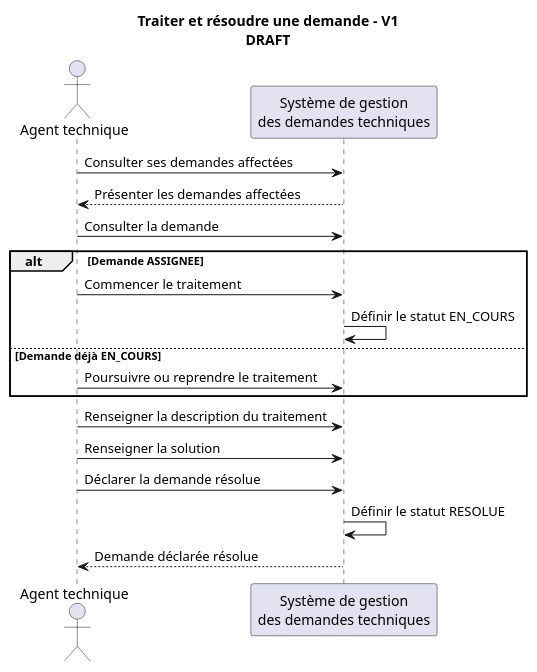
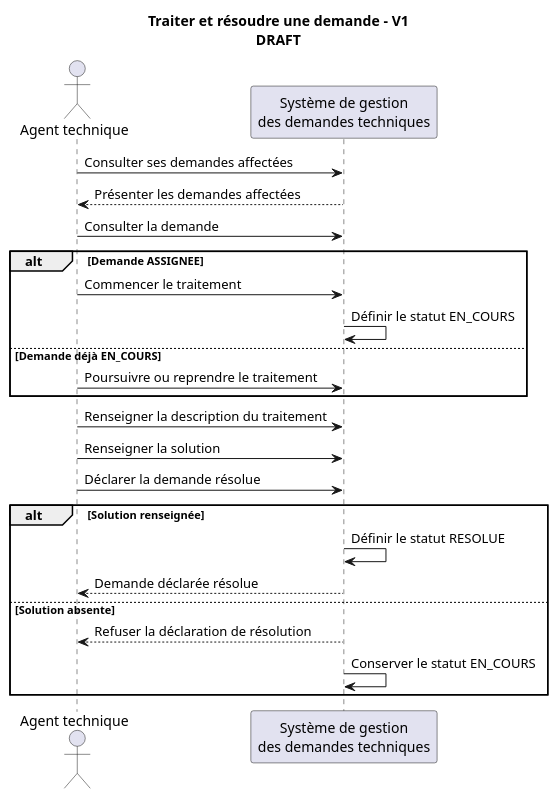
The diagram in docs/uml/sequence/process-resolve-request-v1.puml (akrouty/gestion-demandes-techniques), drawn with PlantUML before and after one commit. The commit also changed 5 other files, not shown here.

Commit message:
uml condition + etat draf diagramme

```diff
--- a/docs/uml/sequence/process-resolve-request-v1.puml
+++ b/docs/uml/sequence/process-resolve-request-v1.puml
@@ -1,26 +1,32 @@
 @startuml
 
 ' Statut : DRAFT
 title Traiter et résoudre une demande - V1\nDRAFT
 
 actor "Agent technique" as AGENT
 participant "Système de gestion\ndes demandes techniques" as SYSTEM
 
 AGENT -> SYSTEM : Consulter ses demandes affectées
 SYSTEM --> AGENT : Présenter les demandes affectées
 AGENT -> SYSTEM : Consulter la demande
 
 alt Demande ASSIGNEE
   AGENT -> SYSTEM : Commencer le traitement
   SYSTEM -> SYSTEM : Définir le statut EN_COURS
 else Demande déjà EN_COURS
   AGENT -> SYSTEM : Poursuivre ou reprendre le traitement
 end
 
 AGENT -> SYSTEM : Renseigner la description du traitement
 AGENT -> SYSTEM : Renseigner la solution
 AGENT -> SYSTEM : Déclarer la demande résolue
-SYSTEM -> SYSTEM : Définir le statut RESOLUE
-SYSTEM --> AGENT : Demande déclarée résolue
+
+alt Solution renseignée
+  SYSTEM -> SYSTEM : Définir le statut RESOLUE
+  SYSTEM --> AGENT : Demande déclarée résolue
+else Solution absente
+  SYSTEM --> AGENT : Refuser la déclaration de résolution
+  SYSTEM -> SYSTEM : Conserver le statut EN_COURS
+end
 
 @enduml
```
